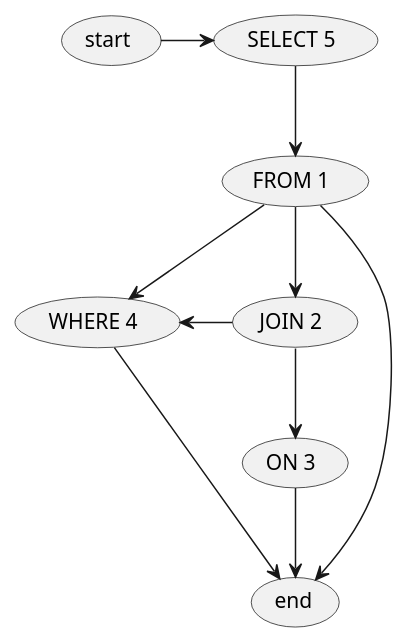
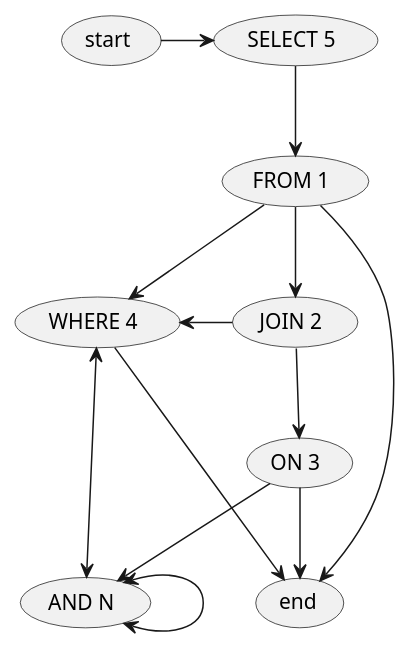
One commit to stanislaw-piechota/sql-parser changed the diagram in src/main/java/com/example/sql/queries/selectQuery.puml. Above: the diagram before and after it, drawn with PlantUML. The commit also changed 63 other files, not shown here.

```diff
--- a/src/main/java/com/example/sql/queries/selectQuery.puml
+++ b/src/main/java/com/example/sql/queries/selectQuery.puml
@@ -1,25 +1,29 @@
 @startuml selectQuery
 
 (start) as start
 (SELECT 5) as select
 (FROM 1) as from
 (WHERE 4) as where
 (JOIN 2) as join
 (ON 3) as on
+(AND N) as and
 ' (AND...) as and
 (end)  as end
 
 start -r-> select
 select --> from
 from --> end
 from --> where
 from --> join
 ' where --> and
 where --> end
 ' and --> end
 ' join --> and
 join -d-> on
 join -l-> where
 on --> end
+on --> and
+where <--> and
+and <--> and
 
 @enduml
```
